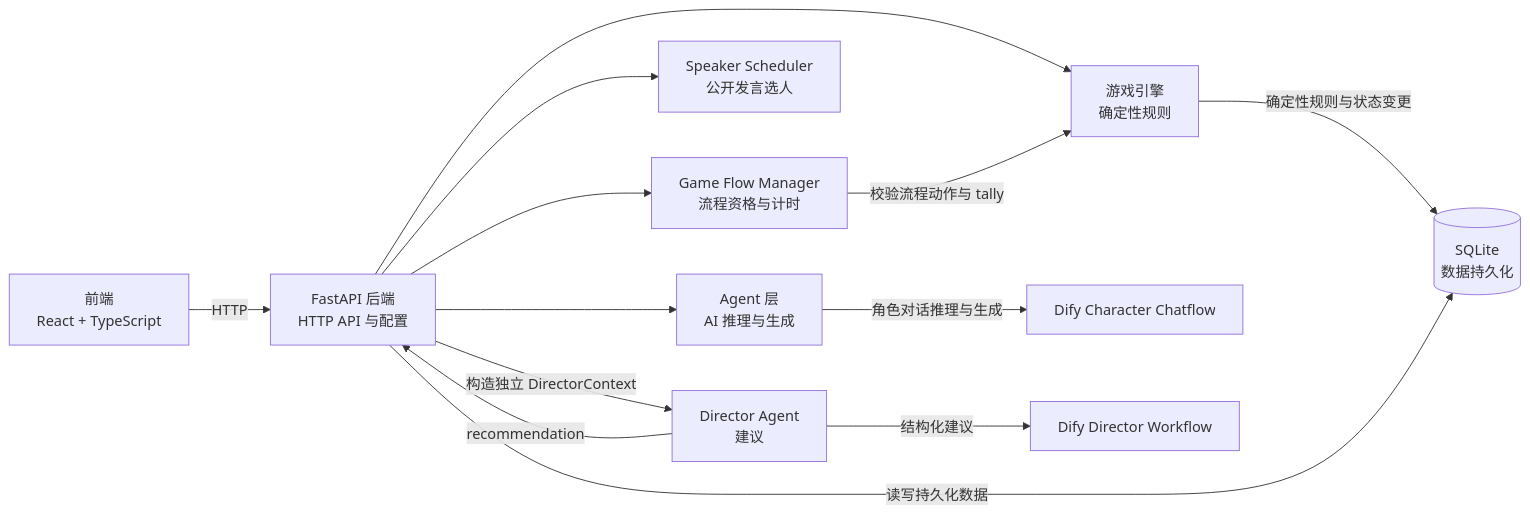
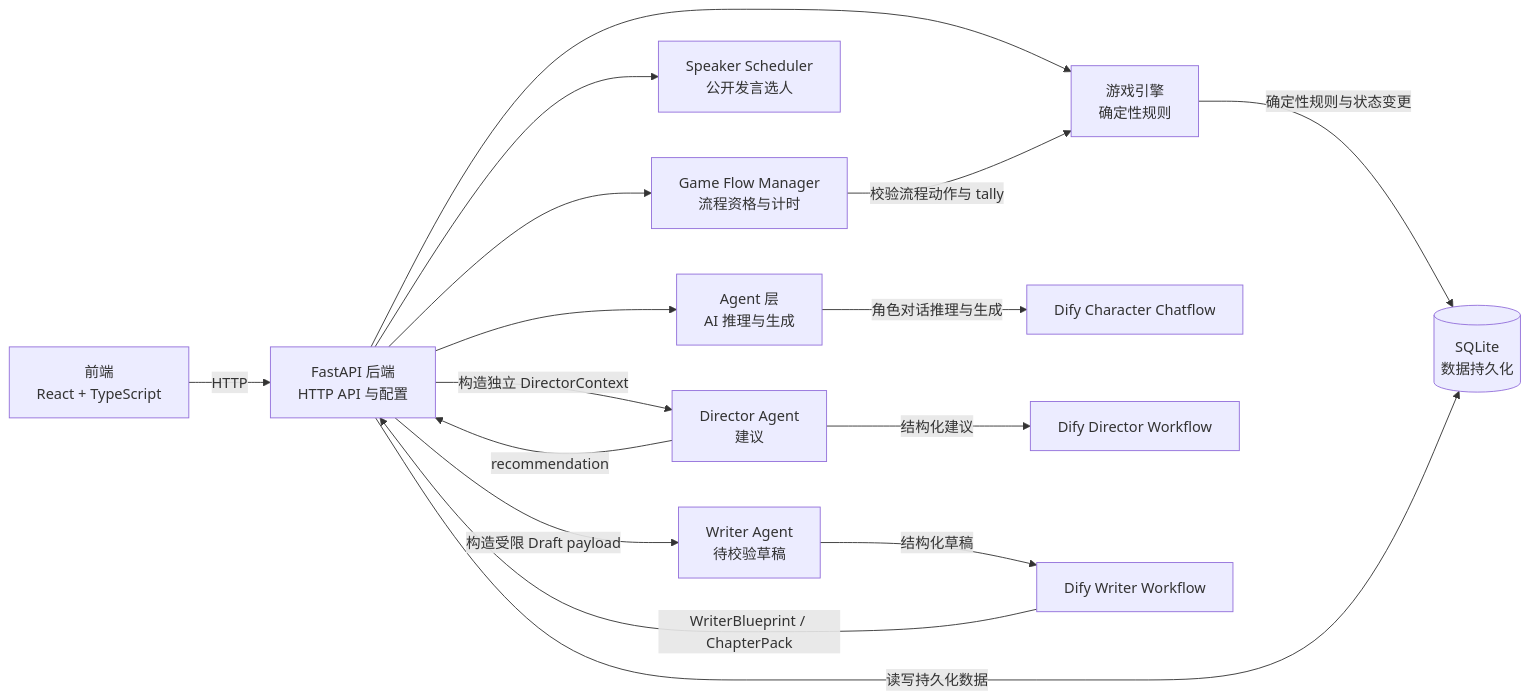
One commit to leerenxunlll/ollama-project changed the first of 9 diagrams in dify-project/docs/architecture.md. Above: the diagram before and after it, drawn with Mermaid. The commit also changed other lines of this file and 54 other files, not shown here.

````diff
--- a/dify-project/docs/architecture.md
+++ b/dify-project/docs/architecture.md
@@ -5,26 +5,31 @@
 ```mermaid
 flowchart LR
     Frontend[前端<br/>React + TypeScript]
     Backend[FastAPI 后端<br/>HTTP API 与配置]
     Engine[游戏引擎<br/>确定性规则]
     Flow[Game Flow Manager<br/>流程资格与计时]
     Scheduler[Speaker Scheduler<br/>公开发言选人]
     Agents[Agent 层<br/>AI 推理与生成]
     CharacterDify[Dify Character Chatflow]
     DirectorDify[Dify Director Workflow]
+    WriterDify[Dify Writer Workflow]
     Director[Director Agent<br/>建议]
+    Writer[Writer Agent<br/>待校验草稿]
     Database[(SQLite<br/>数据持久化)]
 
     Frontend -->|HTTP| Backend
     Backend --> Engine
     Backend --> Flow
     Backend --> Scheduler
     Backend --> Agents
     Engine -->|确定性规则与状态变更| Database
     Flow -->|校验流程动作与 tally| Engine
     Backend -->|读写持久化数据| Database
     Agents -->|角色对话推理与生成| CharacterDify
     Backend -->|构造独立 DirectorContext| Director
     Director -->|结构化建议| DirectorDify
     Director -->|recommendation| Backend
+    Backend -->|构造受限 Draft payload| Writer
+    Writer -->|结构化草稿| WriterDify
+    WriterDify -->|WriterBlueprint / ChapterPack| Backend
 ```
````
